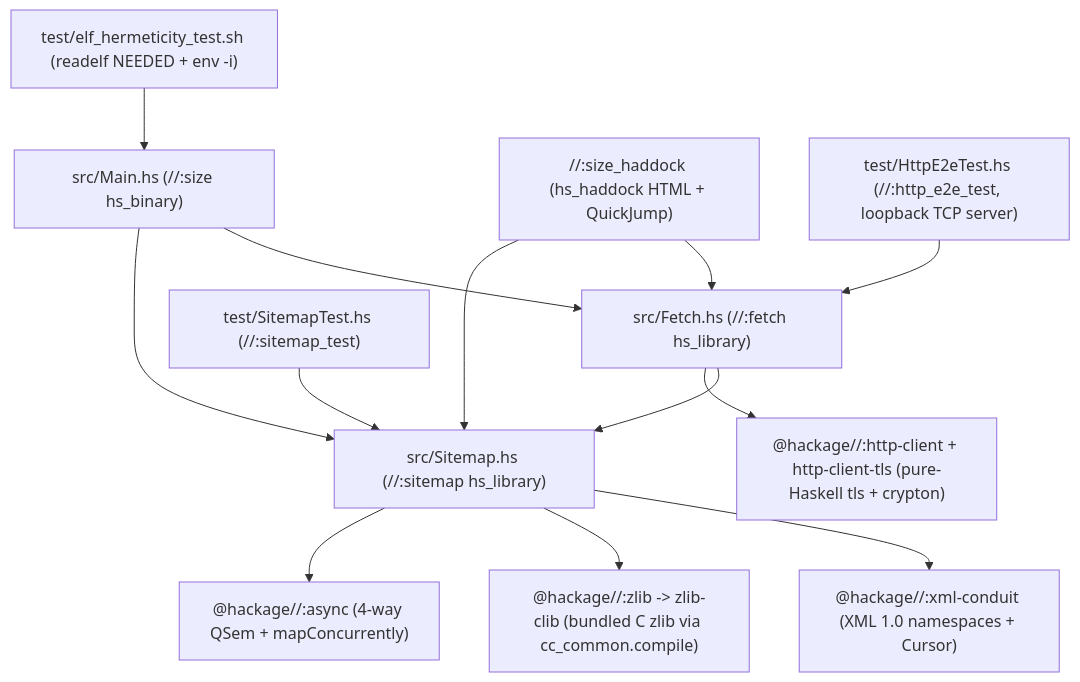
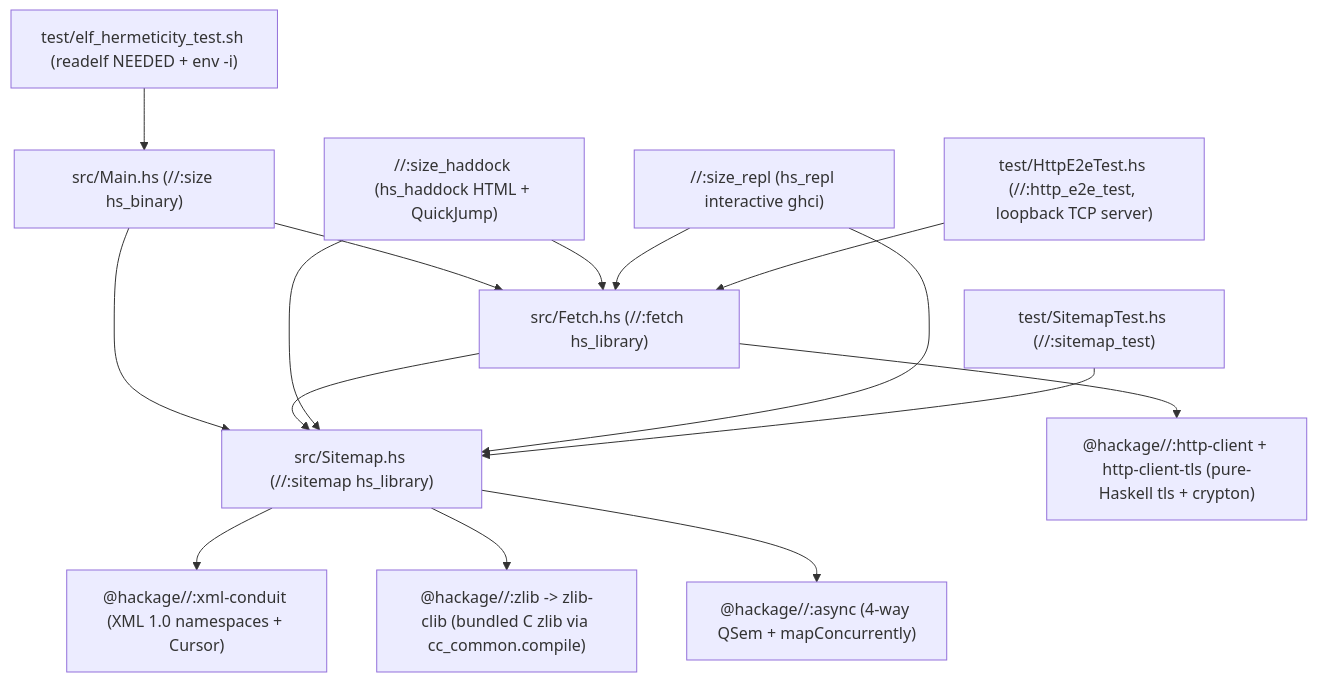
Before and after one commit to kaycebasques/hs: the diagram in docs/content/guide/showcase-size.md, drawn with Mermaid. The commit also changed other lines of this file and 48 other files, not shown here.

First line of the commit message:
feat: implement interactive GHCi REPL, runghc, and C11 terminfo support

````diff
--- a/docs/content/guide/showcase-size.md
+++ b/docs/content/guide/showcase-size.md
@@ -15,15 +15,17 @@
 ```mermaid
 flowchart TD
     CLI["src/Main.hs (//:size hs_binary)"] --> FETCH["src/Fetch.hs (//:fetch hs_library)"]
     CLI --> SM["src/Sitemap.hs (//:sitemap hs_library)"]
     FETCH --> SM
     FETCH --> HTTP["@hackage//:http-client + http-client-tls (pure-Haskell tls + crypton)"]
     SM --> XML["@hackage//:xml-conduit (XML 1.0 namespaces + Cursor)"]
     SM --> ZLIB["@hackage//:zlib -> zlib-clib (bundled C zlib via cc_common.compile)"]
     SM --> ASYNC["@hackage//:async (4-way QSem + mapConcurrently)"]
     DOC["//:size_haddock (hs_haddock HTML + QuickJump)"] --> FETCH
     DOC --> SM
+    REPL["//:size_repl (hs_repl interactive ghci)"] --> FETCH
+    REPL --> SM
     TEST1["test/SitemapTest.hs (//:sitemap_test)"] --> SM
     TEST2["test/HttpE2eTest.hs (//:http_e2e_test, loopback TCP server)"] --> FETCH
     TEST3["test/elf_hermeticity_test.sh (readelf NEEDED + env -i)"] --> CLI
 ```
````
